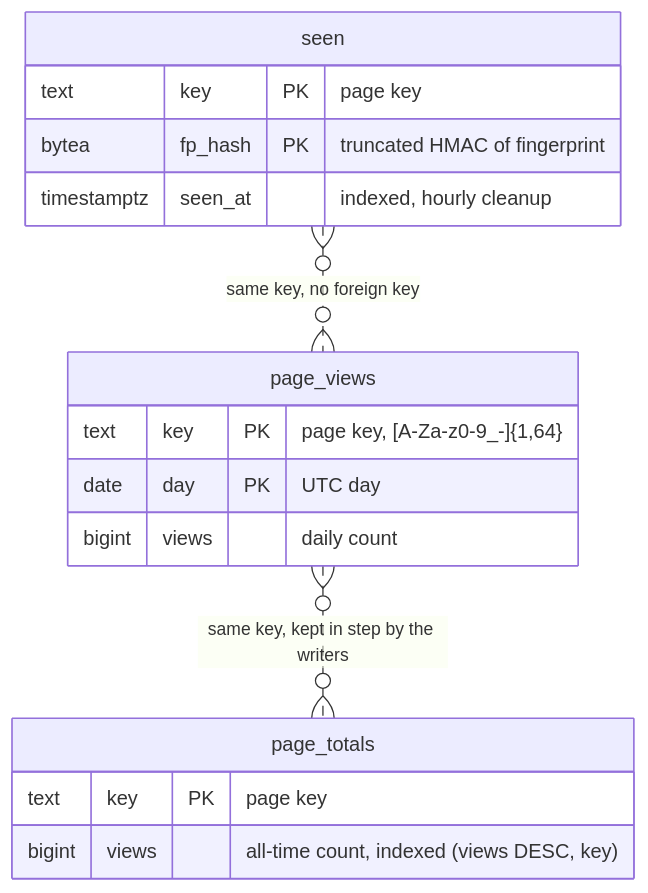
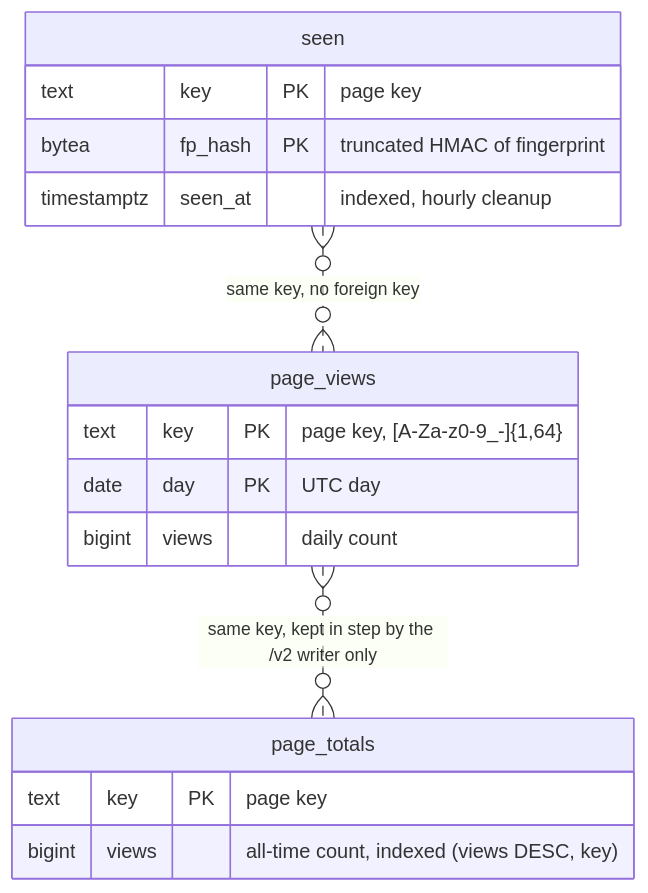
One commit to oshanz/view-counter changed the third of 4 diagrams in docs/jetstream-v2.md. Above: the diagram before and after it, drawn with Mermaid. The commit also changed other lines of this file and 7 other files, not shown here.

First line of the commit message:
Keep /v1 on page_views and give /v2 its own page_totals reads

````diff
--- a/docs/jetstream-v2.md
+++ b/docs/jetstream-v2.md
@@ -89,19 +89,19 @@
 ```mermaid
 erDiagram
     page_views {
         text key PK "page key, [A-Za-z0-9_-]{1,64}"
         date day PK "UTC day"
         bigint views "daily count"
     }
     seen {
         text key PK "page key"
         bytea fp_hash PK "truncated HMAC of fingerprint"
         timestamptz seen_at "indexed, hourly cleanup"
     }
     page_totals {
         text key PK "page key"
         bigint views "all-time count, indexed (views DESC, key)"
     }
     seen }o..o{ page_views : "same key, no foreign key"
-    page_views }o..o{ page_totals : "same key, kept in step by the writers"
+    page_views }o..o{ page_totals : "same key, kept in step by the /v2 writer only"
 ```
````
